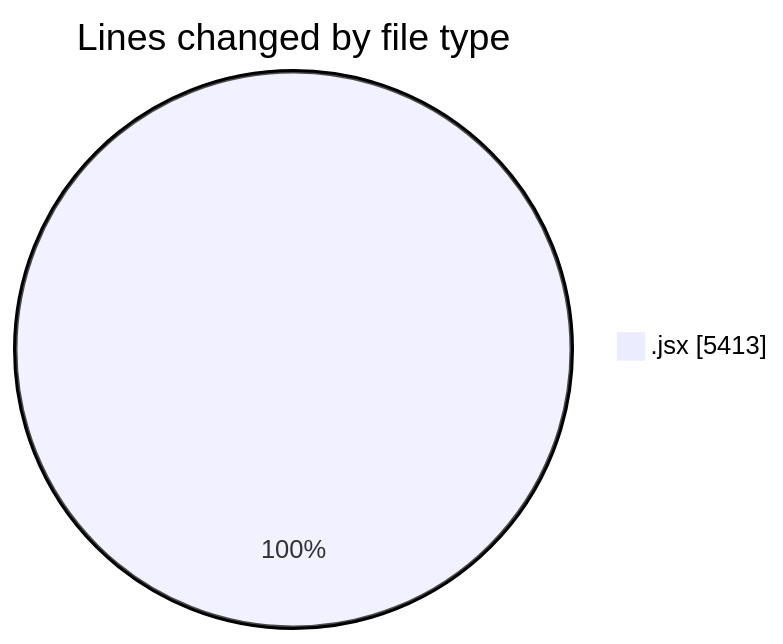
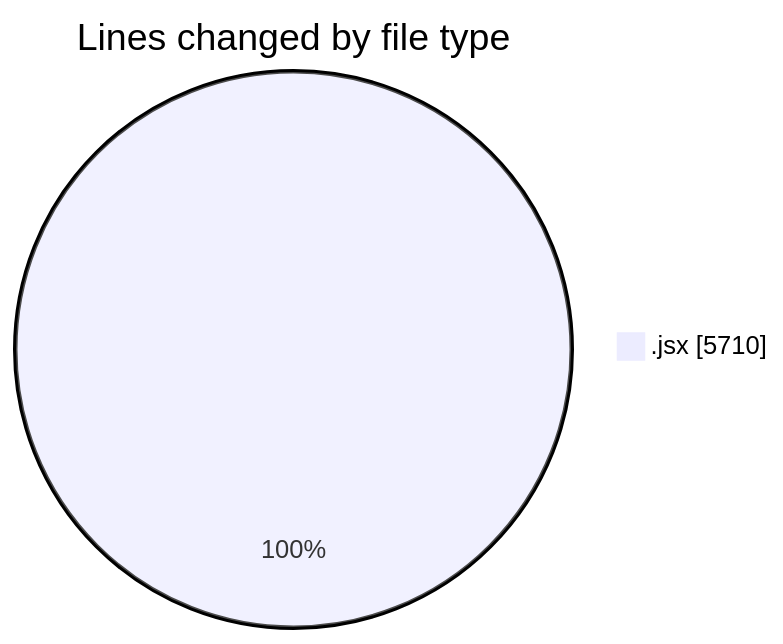
The first of 2 diagrams in 2025-07-08/argos/README.md (nxtqubesakshisongat/code-tracking), drawn with Mermaid before and after one commit. The commit also changed other lines of this file and 1 other file, not shown here.

````diff
--- a/2025-07-08/argos/README.md
+++ b/2025-07-08/argos/README.md
@@ -26,5 +26,5 @@
 ```mermaid
 pie showData
 title Lines changed by file type
-".jsx" : 5413
+".jsx" : 5710
 ```
````
